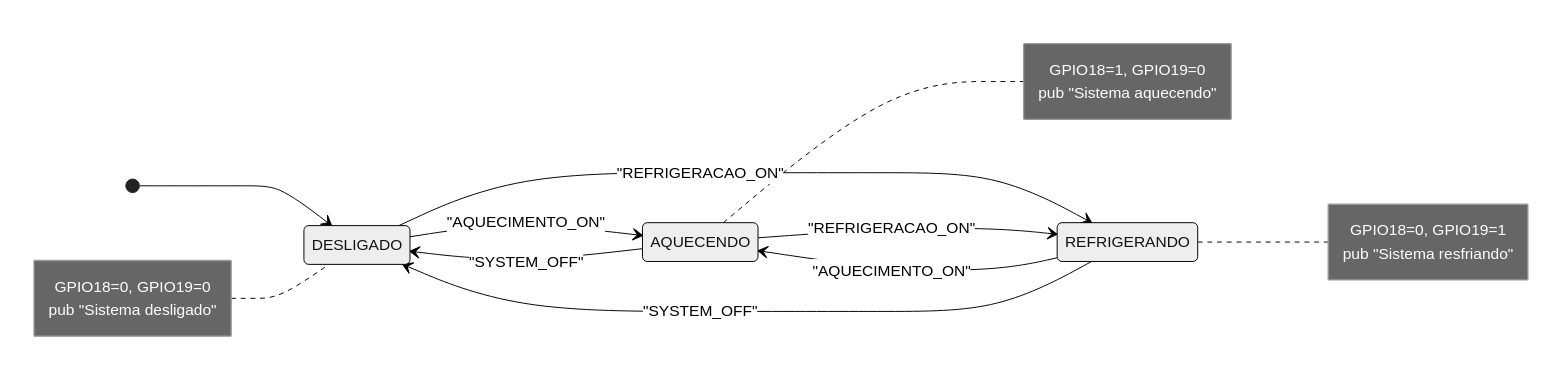
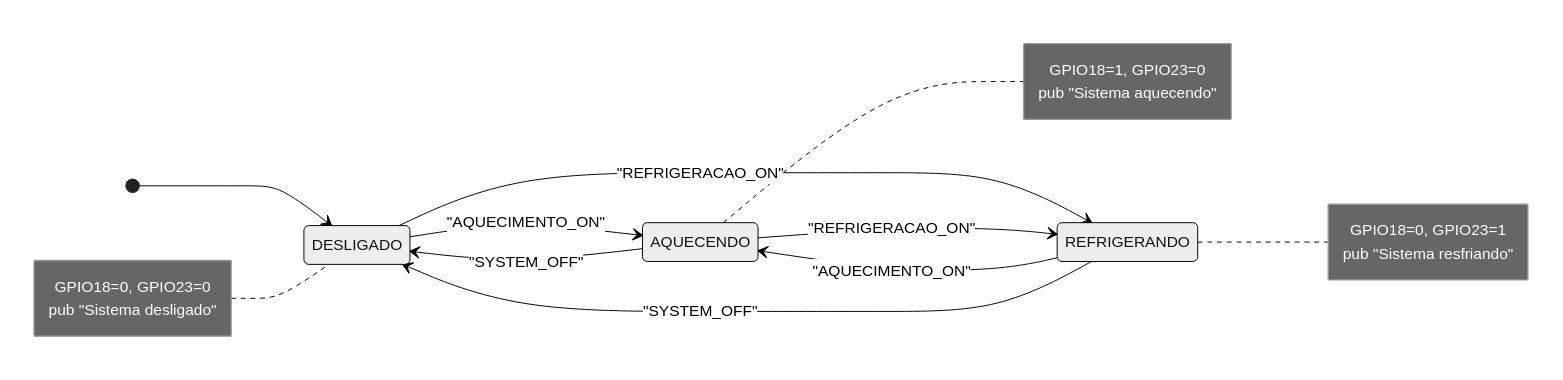
Before and after one commit to Scheeffer/Project_Nexus: the third of 3 diagrams in rede-mqtt/README.md, drawn with Mermaid (neutral theme). The commit also changed other lines of this file, not shown here.

````diff
--- a/rede-mqtt/README.md
+++ b/rede-mqtt/README.md
@@ -81,24 +146,24 @@
 ```mermaid
 stateDiagram-v2
     direction LR
     [*] --> DESLIGADO
     DESLIGADO --> AQUECENDO: "AQUECIMENTO_ON"
     DESLIGADO --> REFRIGERANDO: "REFRIGERACAO_ON"
     AQUECENDO --> REFRIGERANDO: "REFRIGERACAO_ON"
     REFRIGERANDO --> AQUECENDO: "AQUECIMENTO_ON"
     AQUECENDO --> DESLIGADO: "SYSTEM_OFF"
     REFRIGERANDO --> DESLIGADO: "SYSTEM_OFF"
 
     note right of AQUECENDO
-        GPIO18=1, GPIO19=0
+        GPIO18=1, GPIO23=0
         pub "Sistema aquecendo"
     end note
     note right of REFRIGERANDO
-        GPIO18=0, GPIO19=1
+        GPIO18=0, GPIO23=1
         pub "Sistema resfriando"
     end note
     note left of DESLIGADO
-        GPIO18=0, GPIO19=0
+        GPIO18=0, GPIO23=0
         pub "Sistema desligado"
     end note
 ```
````
